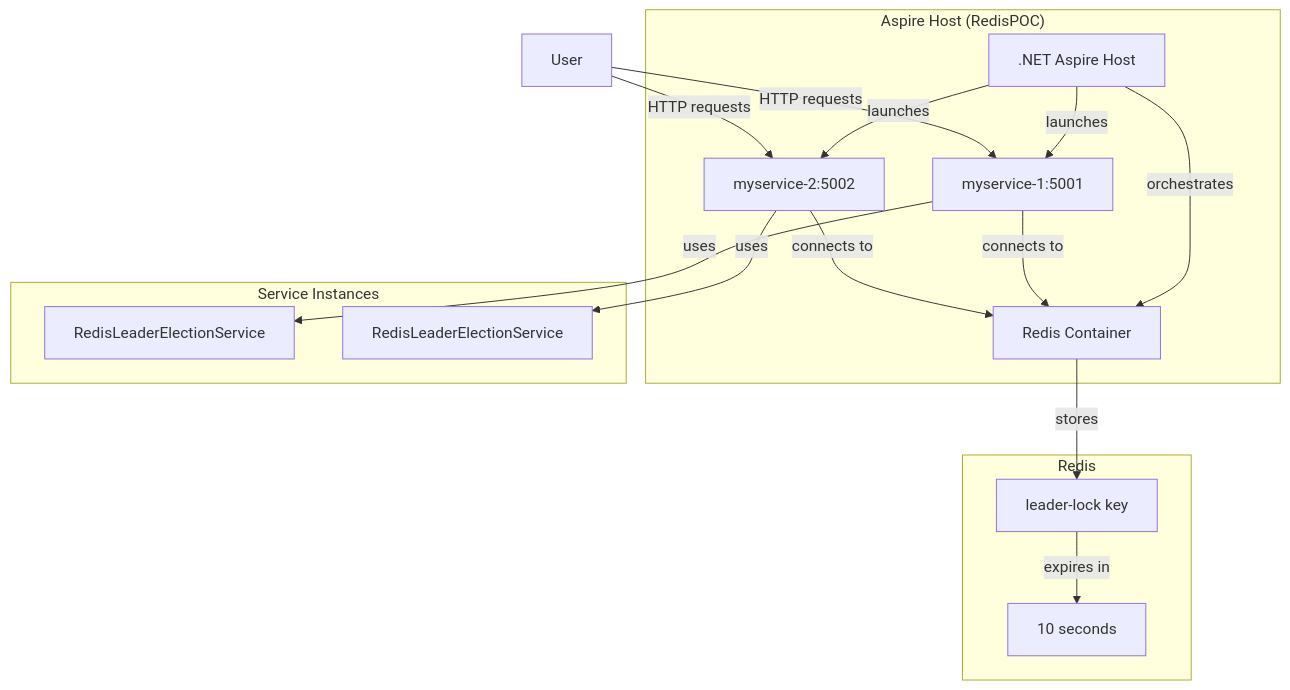
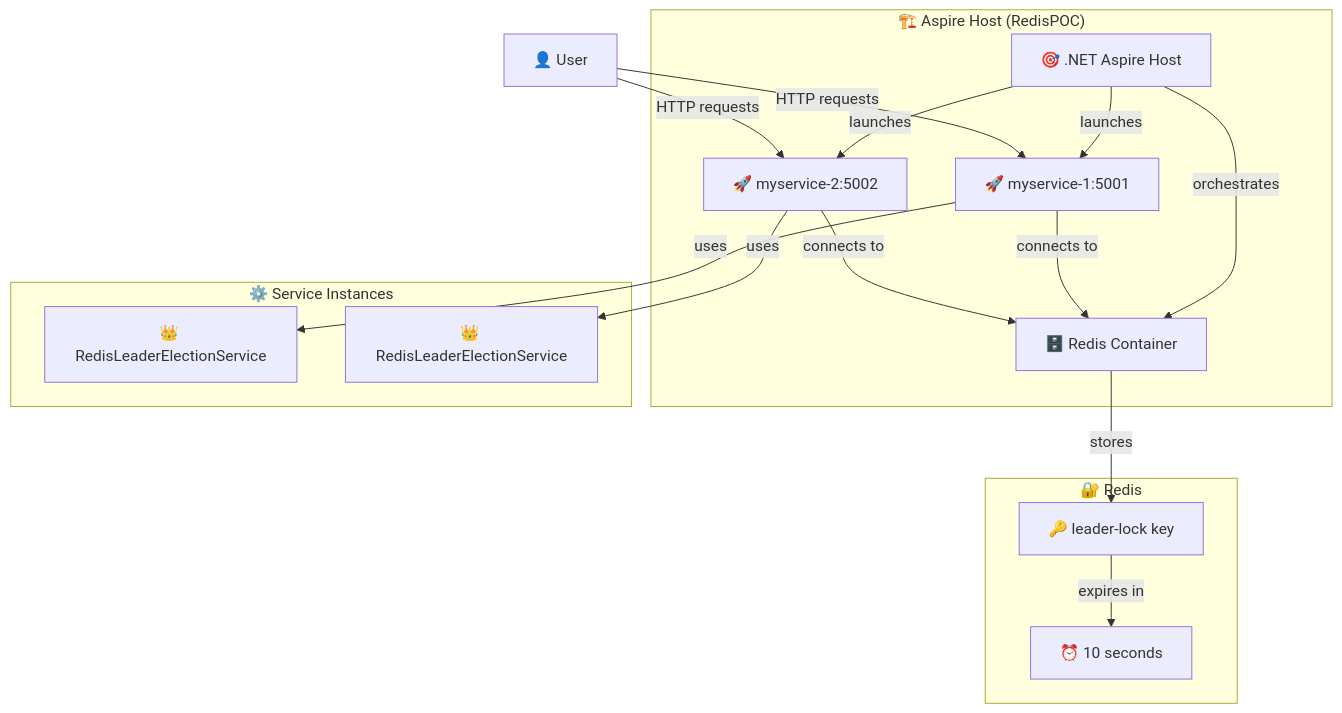
The first of 2 diagrams in README.md (A-Safar/AspireRedisCacheLeaderElection), drawn with Mermaid before and after one commit. The commit also changed other lines of this file, not shown here.

Commit message:
Enhance README.md with improved diagrams and emoji annotations for clarity

````diff
--- a/README.md
+++ b/README.md
@@ -7,24 +7,24 @@
 ```mermaid
 graph TB
-    subgraph "Aspire Host (RedisPOC)"
-        AH[".NET Aspire Host"]
-        AH --> |orchestrates| R[Redis Container]
-        AH --> |launches| S1[myservice-1:5001]
-        AH --> |launches| S2[myservice-2:5002]
+    subgraph "🏗️ Aspire Host (RedisPOC)"
+        AH["🎯 .NET Aspire Host"]
+        AH --> |orchestrates| R["🗄️ Redis Container"]
+        AH --> |launches| S1["🚀 myservice-1:5001"]
+        AH --> |launches| S2["🚀 myservice-2:5002"]
     end
     
-    subgraph "Service Instances"
+    subgraph "⚙️ Service Instances"
         S1 --> |connects to| R
         S2 --> |connects to| R
-        S1 --> |uses| LES1[RedisLeaderElectionService]
-        S2 --> |uses| LES2[RedisLeaderElectionService]
+        S1 --> |uses| LES1["👑 RedisLeaderElectionService"]
+        S2 --> |uses| LES2["👑 RedisLeaderElectionService"]
     end
     
-    subgraph "Redis"
-        R --> |stores| LK[leader-lock key]
-        LK --> |expires in| EXP[10 seconds]
+    subgraph "🔐 Redis"
+        R --> |stores| LK["🔑 leader-lock key"]
+        LK --> |expires in| EXP["⏰ 10 seconds"]
     end
     
-    U[User] --> |HTTP requests| S1
+    U["👤 User"] --> |HTTP requests| S1
     U --> |HTTP requests| S2
 ```
````
